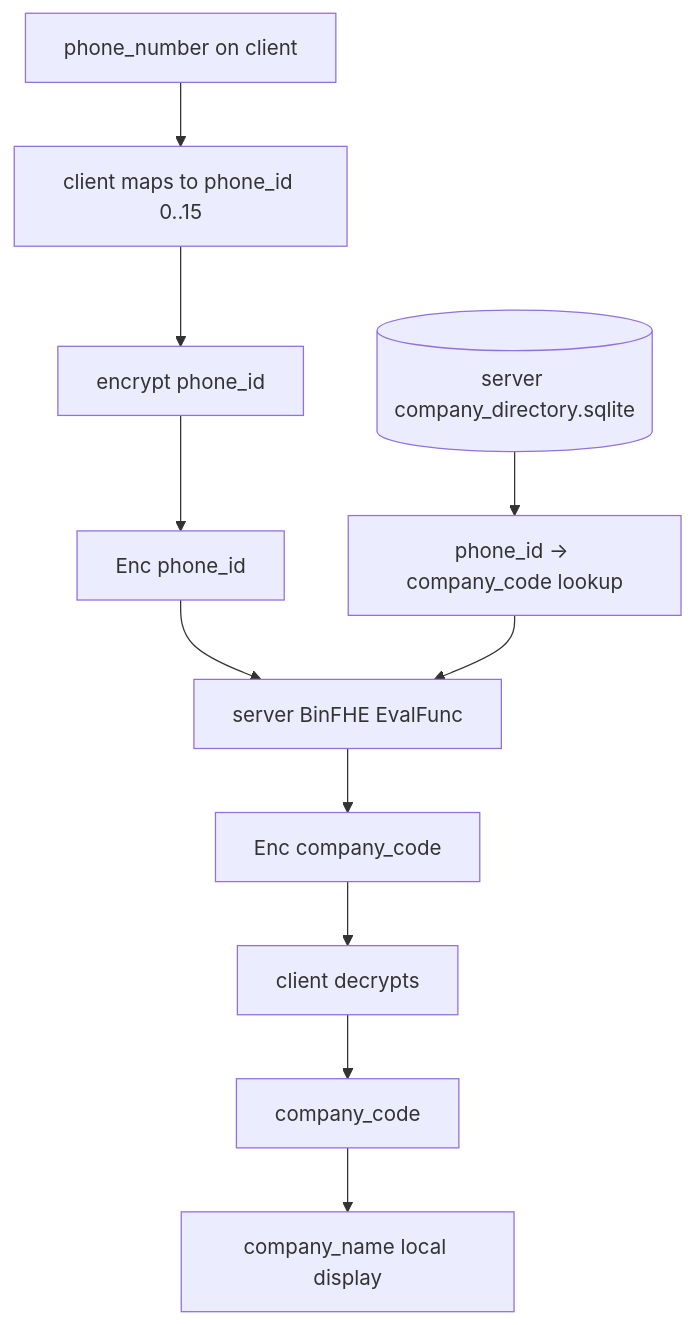
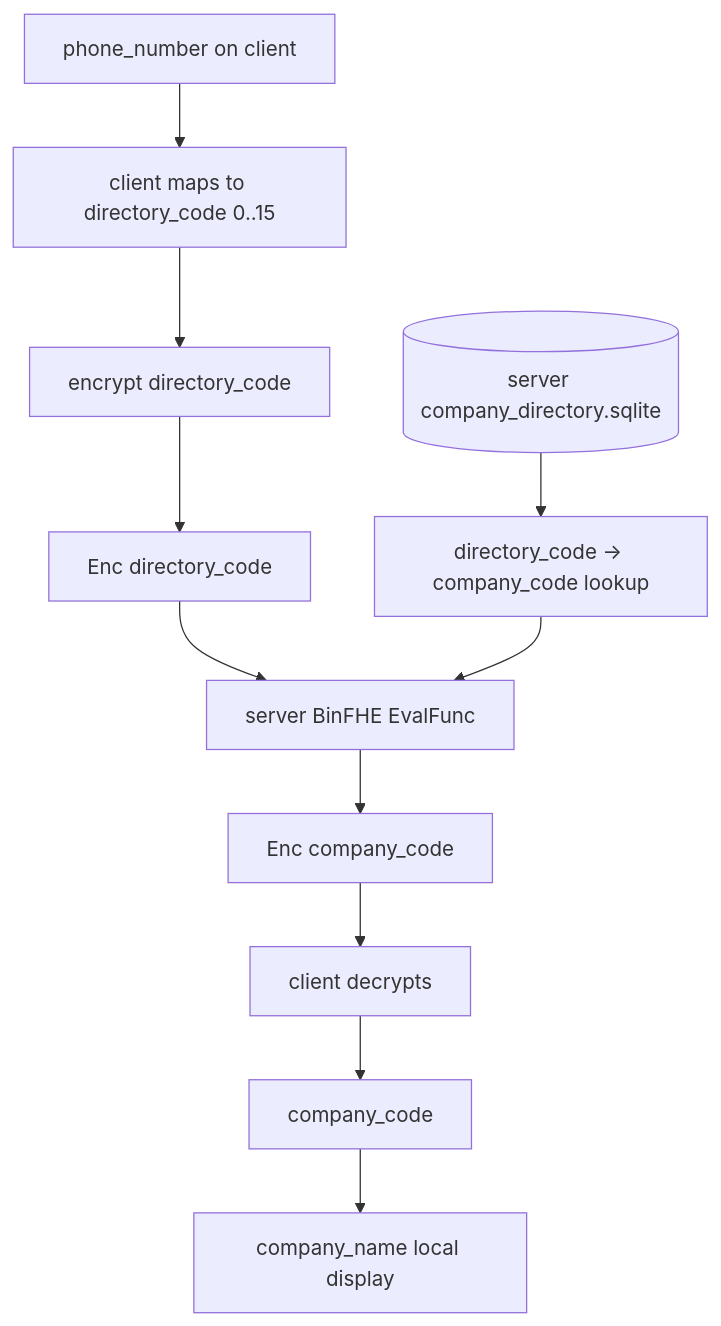
Before and after one commit to Nhatcao1/he_profiler: the second of 2 diagrams in PRIVATE_COMPANY_LOOKUP_FLOW.md, drawn with Mermaid. The commit also changed other lines of this file and 8 other files, not shown here.

Commit message:
Implement file based BinFHE lookup flow

````diff
--- a/PRIVATE_COMPANY_LOOKUP_FLOW.md
+++ b/PRIVATE_COMPANY_LOOKUP_FLOW.md
@@ -82,15 +82,15 @@
 ```mermaid
 flowchart TD
-    PHONE[phone_number on client] --> MAP[client maps to phone_id 0..15]
-    MAP --> ENC[encrypt phone_id]
-    ENC --> CTQ[Enc phone_id]
+    PHONE[phone_number on client] --> MAP[client maps to directory_code 0..15]
+    MAP --> ENC[encrypt directory_code]
+    ENC --> CTQ[Enc directory_code]
 
-    DB[(server company_directory.sqlite)] --> LUT[phone_id -> company_code lookup]
+    DB[(server company_directory.sqlite)] --> LUT[directory_code -> company_code lookup]
     CTQ --> EVAL[server BinFHE EvalFunc]
     LUT --> EVAL
     EVAL --> CTR[Enc company_code]
 
     CTR --> DEC[client decrypts]
     DEC --> CODE[company_code]
     CODE --> NAME[company_name local display]
 ```
````
